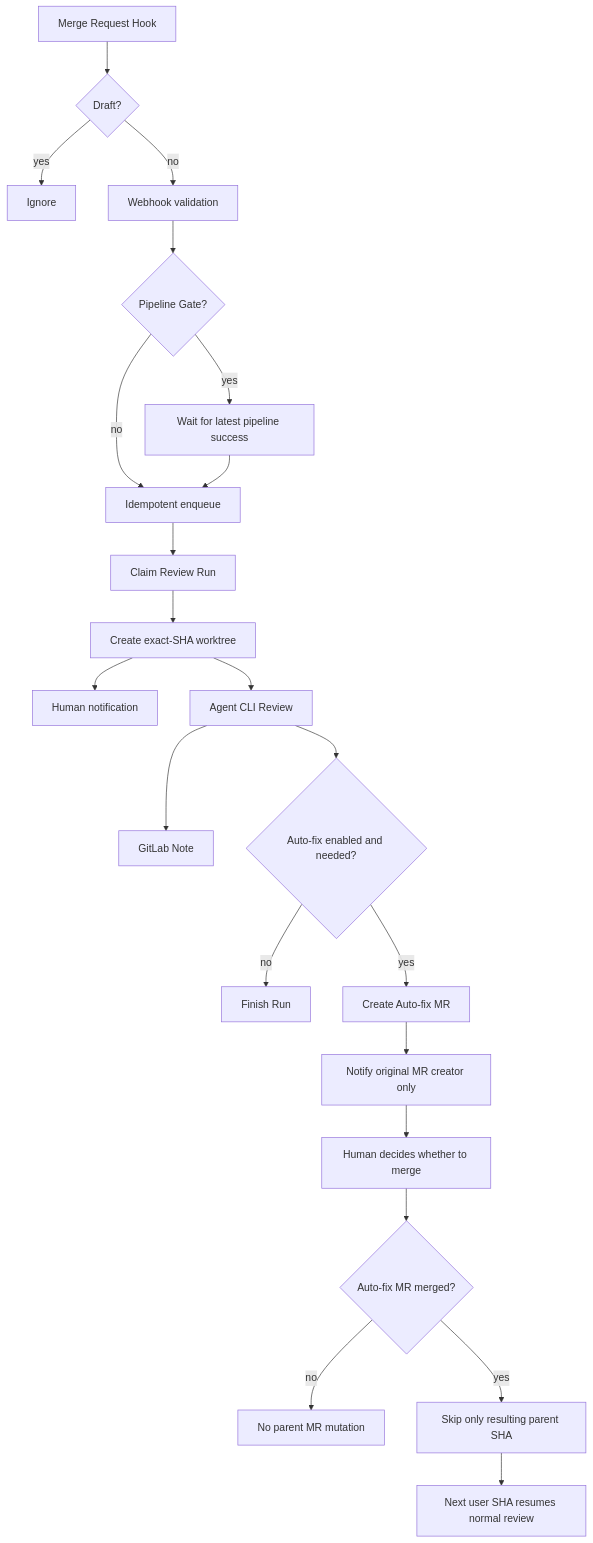
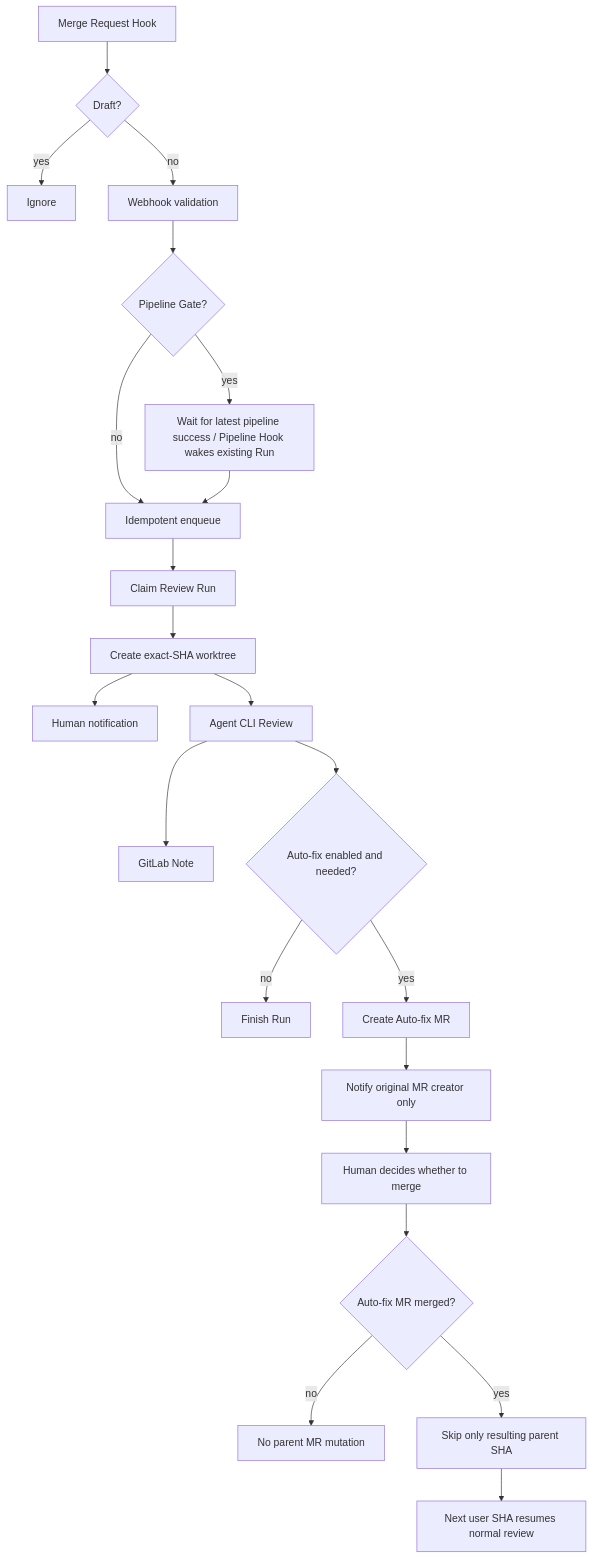
One commit to wufei-png/review-agent-flow changed the diagram in docs/spec/02-event-lifecycle.md. Above: the diagram before and after it, drawn with Mermaid. The commit also changed other lines of this file and 39 other files, not shown here.

````diff
--- a/docs/spec/02-event-lifecycle.md
+++ b/docs/spec/02-event-lifecycle.md
@@ -15,24 +15,24 @@
 ```mermaid
 flowchart TD
     A[Merge Request Hook] --> B{Draft?}
     B -- yes --> Z[Ignore]
     B -- no --> C[Webhook validation]
     C --> D{Pipeline Gate?}
-    D -- yes --> E[Wait for latest pipeline success]
+    D -- yes --> E[Wait for latest pipeline success / Pipeline Hook wakes existing Run]
     D -- no --> F[Idempotent enqueue]
     E --> F
     F --> G[Claim Review Run]
     G --> H[Create exact-SHA worktree]
     H --> I[Human notification]
     H --> J[Agent CLI Review]
     J --> K[GitLab Note]
     J --> L{Auto-fix enabled and needed?}
     L -- no --> M[Finish Run]
     L -- yes --> N[Create Auto-fix MR]
     N --> O[Notify original MR creator only]
     O --> P[Human decides whether to merge]
     P --> Q{Auto-fix MR merged?}
     Q -- no --> R[No parent MR mutation]
     Q -- yes --> S[Skip only resulting parent SHA]
     S --> T[Next user SHA resumes normal review]
 ```
````
